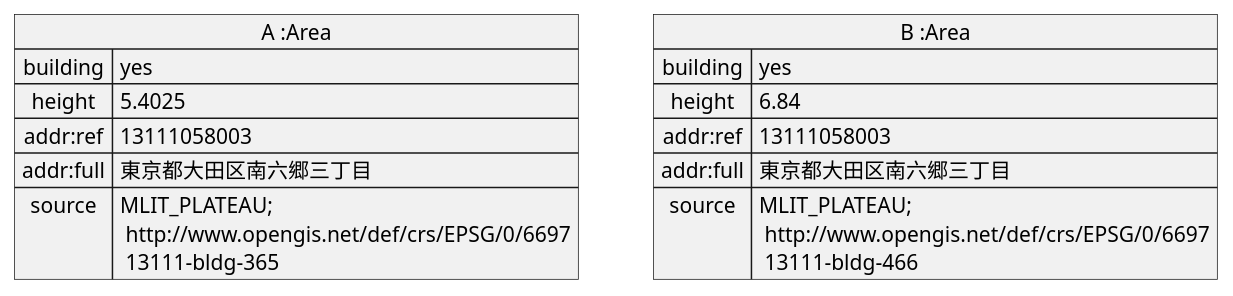
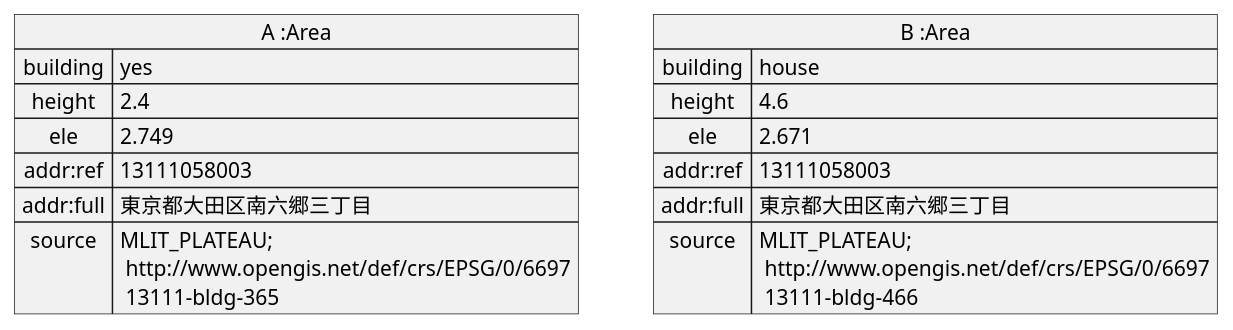
The diagram in doc/building/sample-a/sample-a-osm3.pu (yuuhayashi/citygml-osm), drawn with PlantUML before and after one commit. The commit also changed 11 other files, not shown here.

```diff
--- a/doc/building/sample-a/sample-a-osm3.pu
+++ b/doc/building/sample-a/sample-a-osm3.pu
@@ -1,19 +1,21 @@
 @startuml
 
 map "A :Area" as partA {
  building => yes
- height => 5.4025
+ height => 2.4
+ ele => 2.749
  addr:ref => 13111058003
  addr:full => 東京都大田区南六郷三丁目
  source => MLIT_PLATEAU;\n http://www.opengis.net/def/crs/EPSG/0/6697\n 13111-bldg-365
 }
 
 map "B :Area" as partB {
- building => yes
- height => 6.84
+ building => house
+ height => 4.6
+ ele => 2.671
  addr:ref => 13111058003
  addr:full => 東京都大田区南六郷三丁目
  source => MLIT_PLATEAU;\n http://www.opengis.net/def/crs/EPSG/0/6697\n 13111-bldg-466
 }
 
 @enduml
```
